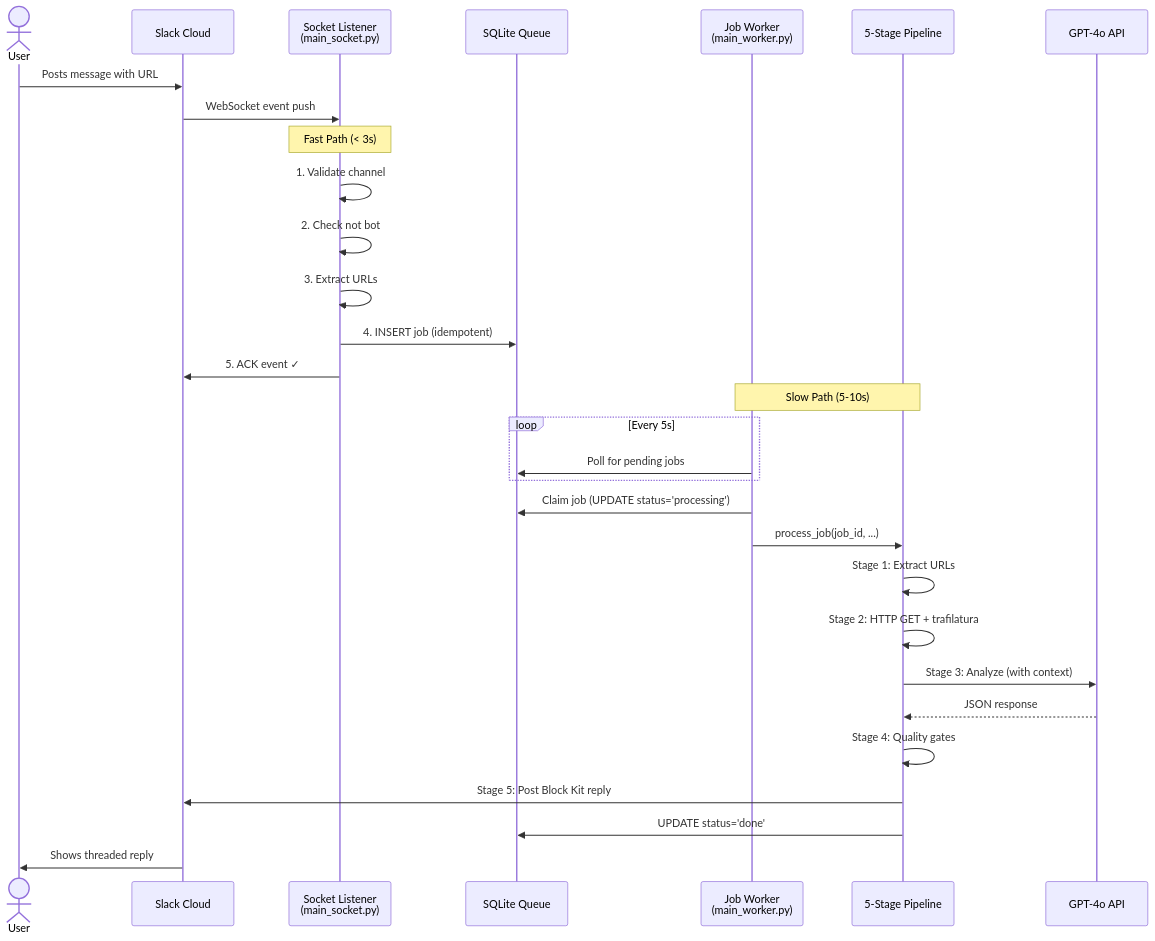
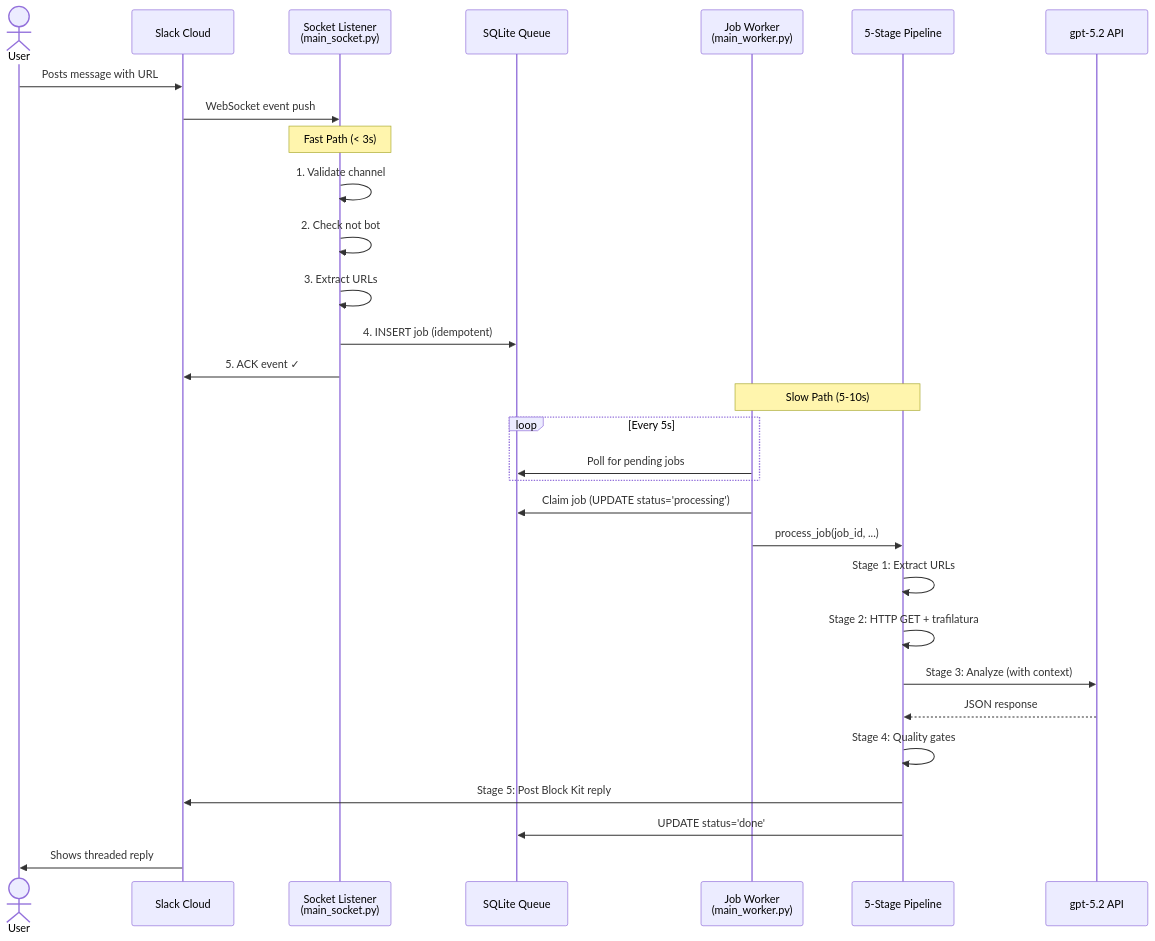
The first of 5 diagrams in docs/ARCHITECTURE_DIAGRAMS.md (G-Donkey/SlackbotTechnoshare), drawn with Mermaid before and after one commit. The commit also changed other lines of this file and 6 other files, not shown here.

````diff
--- a/docs/ARCHITECTURE_DIAGRAMS.md
+++ b/docs/ARCHITECTURE_DIAGRAMS.md
@@ -9,38 +9,38 @@
 ```mermaid
 sequenceDiagram
     actor User
     participant Slack as Slack Cloud
     participant Listener as Socket Listener<br/>(main_socket.py)
     participant DB as SQLite Queue
     participant Worker as Job Worker<br/>(main_worker.py)
     participant Pipeline as 5-Stage Pipeline
-    participant LLM as GPT-4o API
+    participant LLM as gpt-5.2 API
     
     User->>Slack: Posts message with URL
     Slack->>Listener: WebSocket event push
     
     Note over Listener: Fast Path (< 3s)
     Listener->>Listener: 1. Validate channel
     Listener->>Listener: 2. Check not bot
     Listener->>Listener: 3. Extract URLs
     Listener->>DB: 4. INSERT job (idempotent)
     Listener->>Slack: 5. ACK event ✓
     
     Note over Worker,Pipeline: Slow Path (5-10s)
     loop Every 5s
         Worker->>DB: Poll for pending jobs
     end
     
     Worker->>DB: Claim job (UPDATE status='processing')
     Worker->>Pipeline: process_job(job_id, ...)
     
     Pipeline->>Pipeline: Stage 1: Extract URLs
     Pipeline->>Pipeline: Stage 2: HTTP GET + trafilatura
     Pipeline->>LLM: Stage 3: Analyze (with context)
     LLM-->>Pipeline: JSON response
     Pipeline->>Pipeline: Stage 4: Quality gates
     Pipeline->>Slack: Stage 5: Post Block Kit reply
     
     Pipeline->>DB: UPDATE status='done'
     Slack->>User: Shows threaded reply
 ```
````
